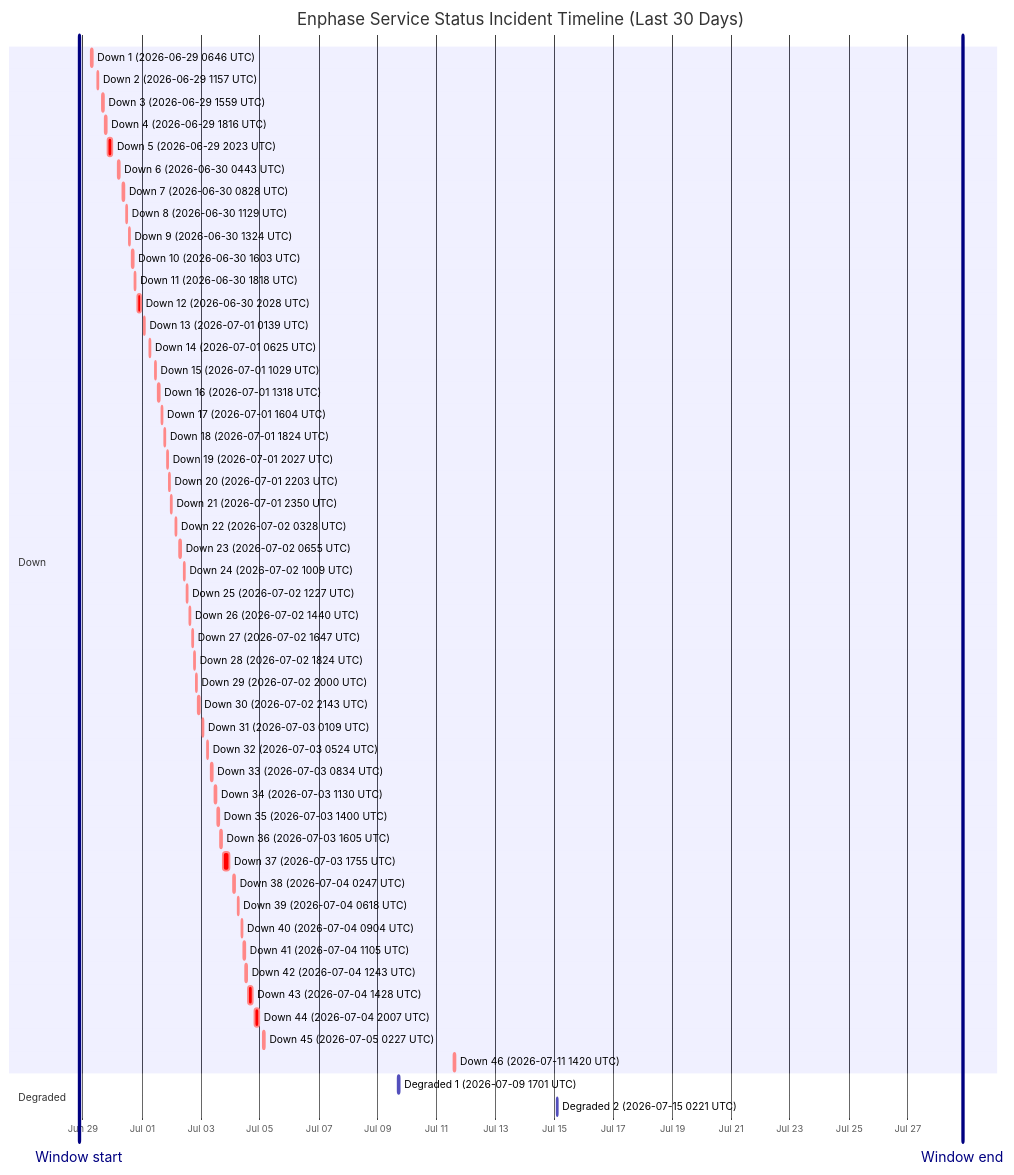
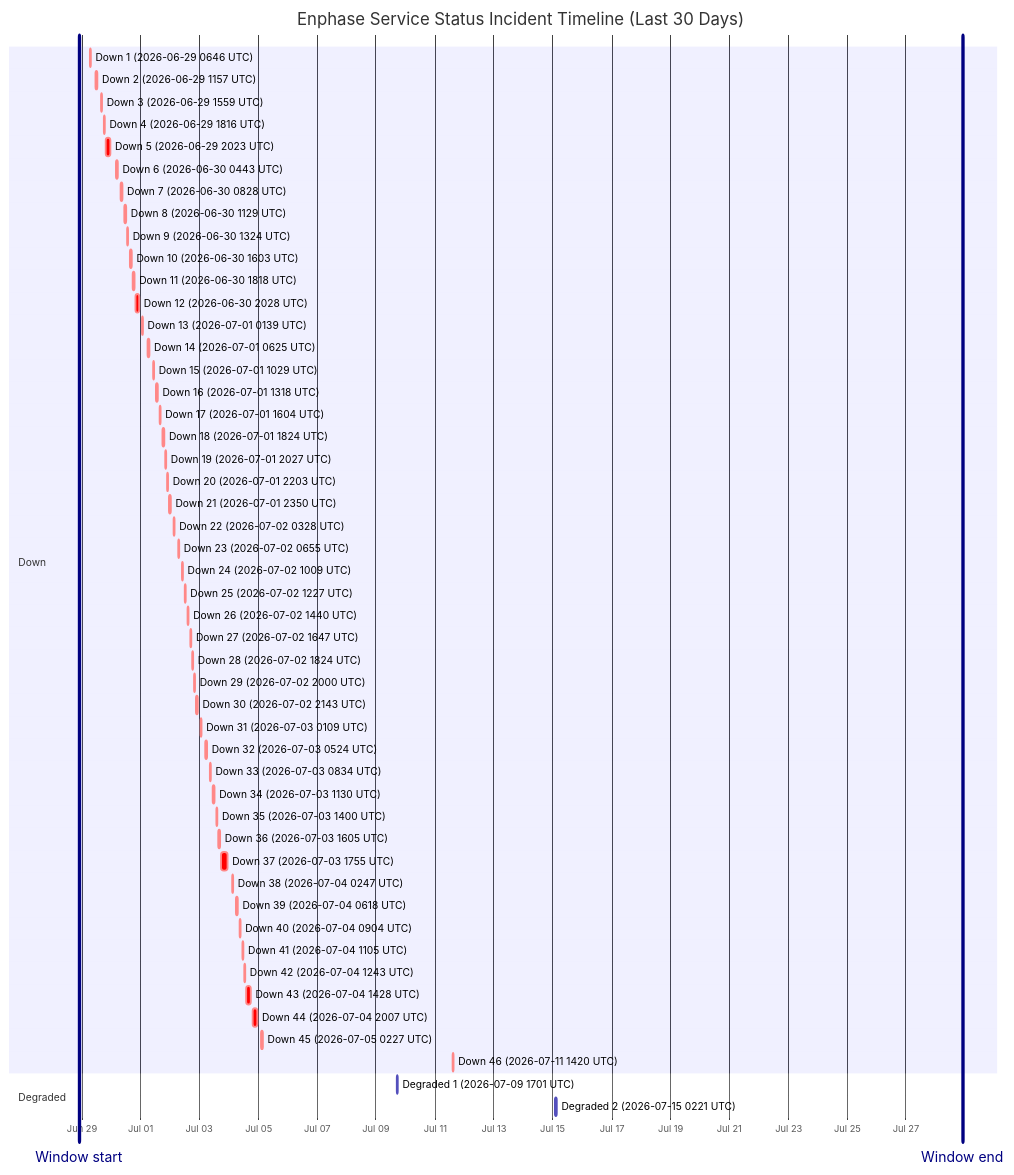
One commit to barneyonline/ha-enphase-energy changed the diagram in wiki/Service-Status-History.md. Above: the diagram before and after it, drawn with Mermaid. The commit also changed other lines of this file and 3 other files, not shown here.

````diff
--- a/wiki/Service-Status-History.md
+++ b/wiki/Service-Status-History.md
@@ -14,58 +14,58 @@
 ```mermaid
 gantt
     title Enphase Service Status Incident Timeline (Last 30 Days)
     dateFormat  YYYY-MM-DDTHH:mm:ss
     axisFormat  %b %d
-    Window start :vert, window-start, 2026-06-28T20:42:33, 0ms
-    Window end :vert, window-end, 2026-07-28T20:42:33, 0ms
+    Window start :vert, window-start, 2026-06-28T22:03:02, 0ms
+    Window end :vert, window-end, 2026-07-28T22:03:02, 0ms
     section Down
     Down 1 (2026-06-29 0646 UTC) :crit, down-1, 2026-06-29T06:46:18, 60m
     Down 2 (2026-06-29 1157 UTC) :crit, down-2, 2026-06-29T11:57:36, 60m
     Down 3 (2026-06-29 1559 UTC) :crit, down-3, 2026-06-29T15:59:02, 60m
     Down 4 (2026-06-29 1816 UTC) :crit, down-4, 2026-06-29T18:16:38, 60m
     Down 5 (2026-06-29 2023 UTC) :crit, down-5, 2026-06-29T20:23:16, 220m
     Down 6 (2026-06-30 0443 UTC) :crit, down-6, 2026-06-30T04:43:54, 60m
     Down 7 (2026-06-30 0828 UTC) :crit, down-7, 2026-06-30T08:28:43, 60m
     Down 8 (2026-06-30 1129 UTC) :crit, down-8, 2026-06-30T11:29:15, 60m
     Down 9 (2026-06-30 1324 UTC) :crit, down-9, 2026-06-30T13:24:25, 60m
     Down 10 (2026-06-30 1603 UTC) :crit, down-10, 2026-06-30T16:03:26, 60m
     Down 11 (2026-06-30 1818 UTC) :crit, down-11, 2026-06-30T18:18:39, 60m
     Down 12 (2026-06-30 2028 UTC) :crit, down-12, 2026-06-30T20:28:54, 171m
     Down 13 (2026-07-01 0139 UTC) :crit, down-13, 2026-07-01T01:39:18, 60m
     Down 14 (2026-07-01 0625 UTC) :crit, down-14, 2026-07-01T06:25:35, 60m
     Down 15 (2026-07-01 1029 UTC) :crit, down-15, 2026-07-01T10:29:24, 60m
     Down 16 (2026-07-01 1318 UTC) :crit, down-16, 2026-07-01T13:18:31, 60m
     Down 17 (2026-07-01 1604 UTC) :crit, down-17, 2026-07-01T16:04:29, 60m
     Down 18 (2026-07-01 1824 UTC) :crit, down-18, 2026-07-01T18:24:21, 60m
     Down 19 (2026-07-01 2027 UTC) :crit, down-19, 2026-07-01T20:27:17, 60m
     Down 20 (2026-07-01 2203 UTC) :crit, down-20, 2026-07-01T22:03:46, 60m
     Down 21 (2026-07-01 2350 UTC) :crit, down-21, 2026-07-01T23:50:52, 60m
     Down 22 (2026-07-02 0328 UTC) :crit, down-22, 2026-07-02T03:28:33, 60m
     Down 23 (2026-07-02 0655 UTC) :crit, down-23, 2026-07-02T06:55:07, 60m
     Down 24 (2026-07-02 1009 UTC) :crit, down-24, 2026-07-02T10:09:15, 60m
     Down 25 (2026-07-02 1227 UTC) :crit, down-25, 2026-07-02T12:27:49, 60m
     Down 26 (2026-07-02 1440 UTC) :crit, down-26, 2026-07-02T14:40:53, 60m
     Down 27 (2026-07-02 1647 UTC) :crit, down-27, 2026-07-02T16:47:47, 60m
     Down 28 (2026-07-02 1824 UTC) :crit, down-28, 2026-07-02T18:24:26, 60m
     Down 29 (2026-07-02 2000 UTC) :crit, down-29, 2026-07-02T20:00:57, 60m
     Down 30 (2026-07-02 2143 UTC) :crit, down-30, 2026-07-02T21:43:52, 80m
     Down 31 (2026-07-03 0109 UTC) :crit, down-31, 2026-07-03T01:09:19, 60m
     Down 32 (2026-07-03 0524 UTC) :crit, down-32, 2026-07-03T05:24:23, 60m
     Down 33 (2026-07-03 0834 UTC) :crit, down-33, 2026-07-03T08:34:05, 60m
     Down 34 (2026-07-03 1130 UTC) :crit, down-34, 2026-07-03T11:30:41, 60m
     Down 35 (2026-07-03 1400 UTC) :crit, down-35, 2026-07-03T14:00:48, 60m
     Down 36 (2026-07-03 1605 UTC) :crit, down-36, 2026-07-03T16:05:49, 60m
     Down 37 (2026-07-03 1755 UTC) :crit, down-37, 2026-07-03T17:55:54, 338m
     Down 38 (2026-07-04 0247 UTC) :crit, down-38, 2026-07-04T02:47:22, 60m
     Down 39 (2026-07-04 0618 UTC) :crit, down-39, 2026-07-04T06:18:09, 60m
     Down 40 (2026-07-04 0904 UTC) :crit, down-40, 2026-07-04T09:04:41, 60m
     Down 41 (2026-07-04 1105 UTC) :crit, down-41, 2026-07-04T11:05:21, 60m
     Down 42 (2026-07-04 1243 UTC) :crit, down-42, 2026-07-04T12:43:25, 60m
     Down 43 (2026-07-04 1428 UTC) :crit, down-43, 2026-07-04T14:28:07, 243m
     Down 44 (2026-07-04 2007 UTC) :crit, down-44, 2026-07-04T20:07:50, 206m
     Down 45 (2026-07-05 0227 UTC) :crit, down-45, 2026-07-05T02:27:32, 109m
     Down 46 (2026-07-11 1420 UTC) :crit, down-46, 2026-07-11T14:20:54, 69m
     section Degraded
     Degraded 1 (2026-07-09 1701 UTC) :active, degraded-1, 2026-07-09T17:01:02, 60m
     Degraded 2 (2026-07-15 0221 UTC) :active, degraded-2, 2026-07-15T02:21:35, 60m
 ```
````
